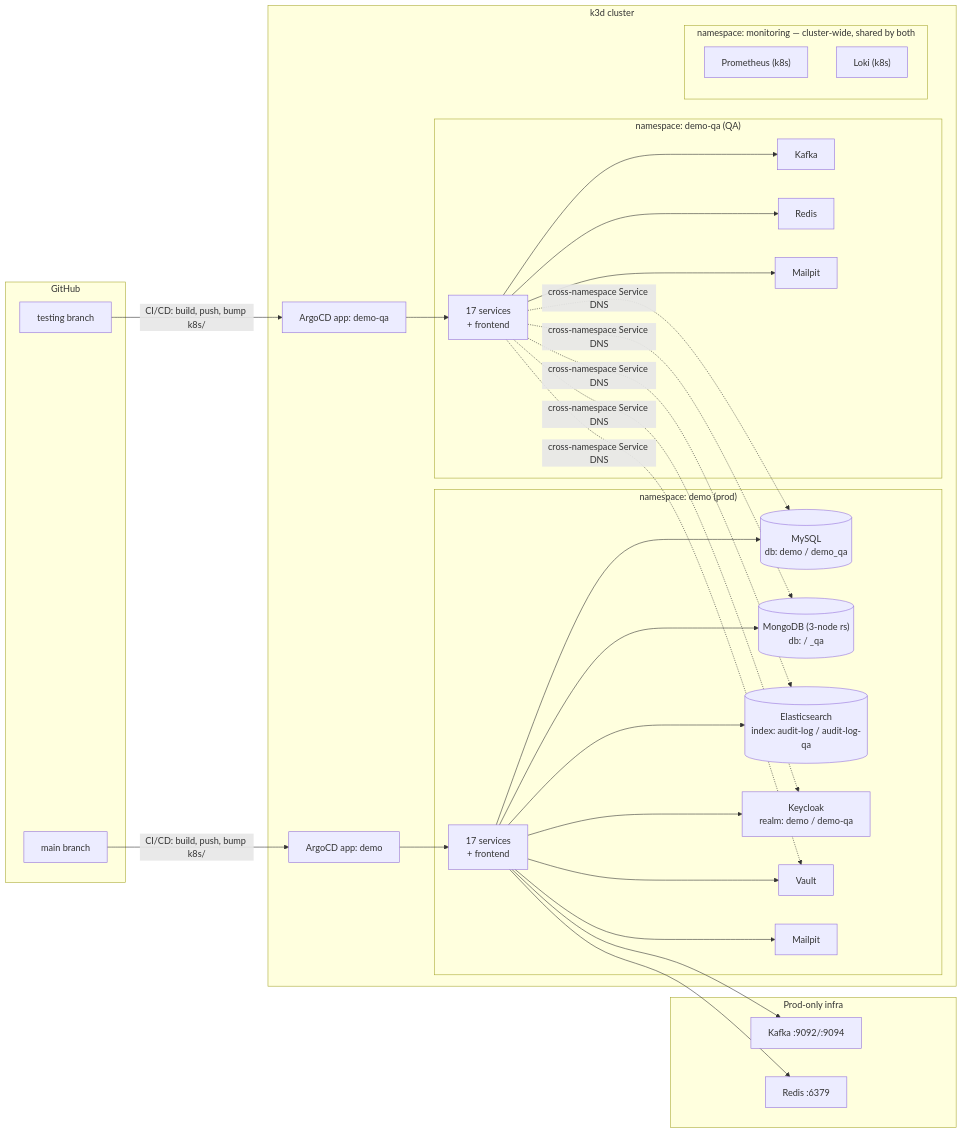
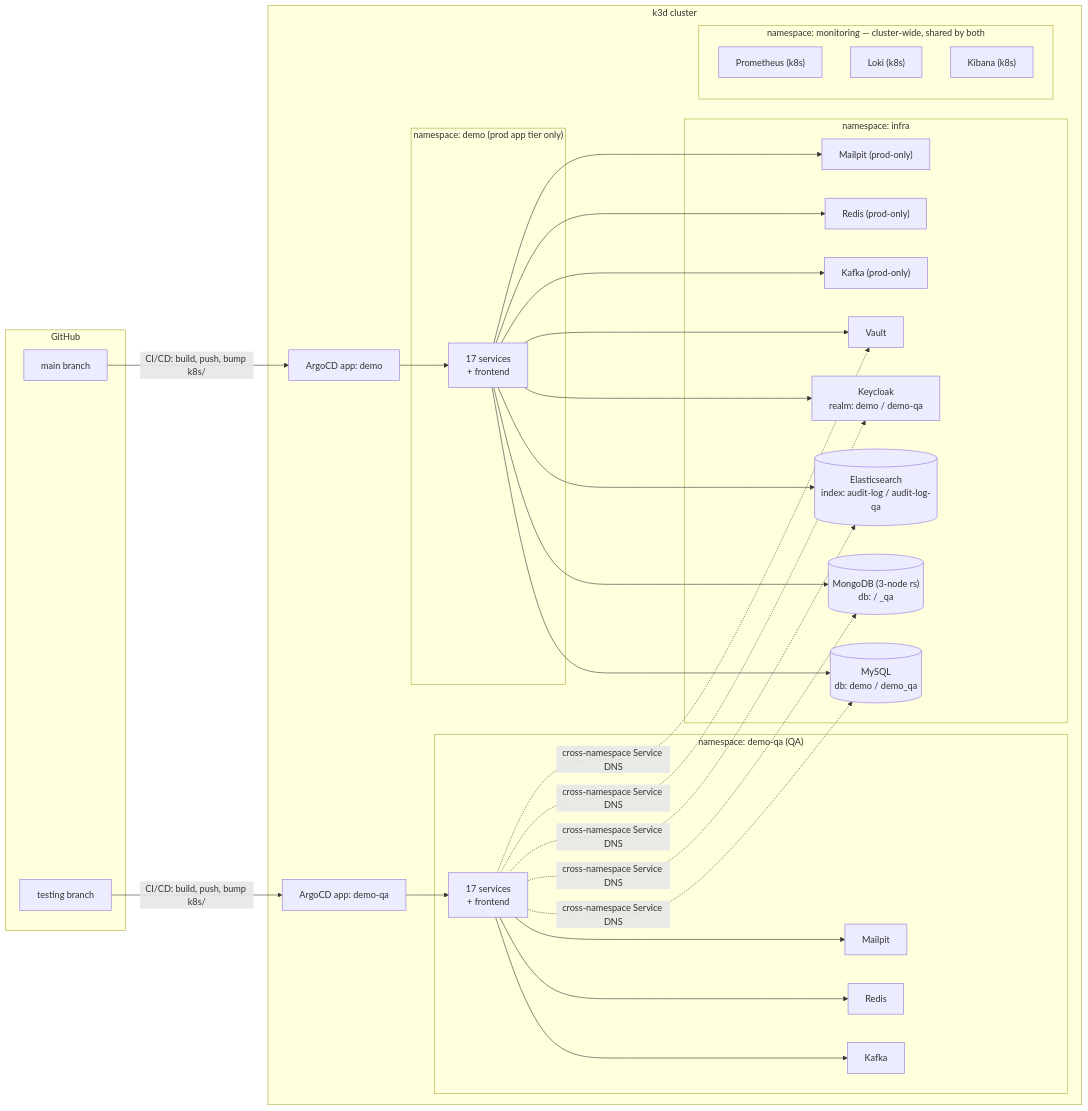
One commit to wilbertjoosen/demo changed the diagram in README.md. Above: the diagram before and after it, drawn with Mermaid. The commit also changed other lines of this file and 20 other files, not shown here.

````diff
--- a/README.md
+++ b/README.md
@@ -312,46 +334,45 @@
 ```mermaid
 flowchart LR
     subgraph GIT["GitHub"]
         MAIN["main branch"]
         TEST["testing branch"]
     end
 
     subgraph K8S["k3d cluster"]
-        subgraph DEMO["namespace: demo (prod)"]
+        subgraph DEMO["namespace: demo (prod app tier only)"]
             APPS_PROD["17 services\n+ frontend"]
-            MYSQL[("MySQL\ndb: demo / demo_qa")]
-            MONGO[("MongoDB (3-node rs)\ndb: <svc> / <svc>_qa")]
-            ES[("Elasticsearch\nindex: audit-log / audit-log-qa")]
-            KC["Keycloak\nrealm: demo / demo-qa"]
-            VAULT["Vault"]
-            MAILPIT_PROD["Mailpit"]
         end
         subgraph DEMOQA["namespace: demo-qa (QA)"]
             APPS_QA["17 services\n+ frontend"]
             KAFKA_QA["Kafka"]
             REDIS_QA["Redis"]
             MAILPIT_QA["Mailpit"]
         end
+        subgraph INFRA["namespace: infra"]
+            MYSQL[("MySQL\ndb: demo / demo_qa")]
+            MONGO[("MongoDB (3-node rs)\ndb: <svc> / <svc>_qa")]
+            ES[("Elasticsearch\nindex: audit-log / audit-log-qa")]
+            KC["Keycloak\nrealm: demo / demo-qa"]
+            VAULT["Vault"]
+            KAFKA_PROD["Kafka (prod-only)"]
+            REDIS_PROD["Redis (prod-only)"]
+            MAILPIT_PROD["Mailpit (prod-only)"]
+        end
         subgraph MON["namespace: monitoring — cluster-wide, shared by both"]
             PROM_K8S["Prometheus (k8s)"]
             LOKI_K8S["Loki (k8s)"]
+            KIBANA_K8S["Kibana (k8s)"]
         end
         ARGO_PROD["ArgoCD app: demo"]
         ARGO_QA["ArgoCD app: demo-qa"]
-    end
-
-    subgraph ISO_PROD["Prod-only infra"]
-        KAFKA_PROD["Kafka :9092/:9094"]
-        REDIS_PROD["Redis :6379"]
     end
 
     MAIN -- "CI/CD: build, push, bump k8s/" --> ARGO_PROD
     TEST -- "CI/CD: build, push, bump k8s/" --> ARGO_QA
     ARGO_PROD --> APPS_PROD
     ARGO_QA --> APPS_QA
 
-    APPS_PROD --> MYSQL & MONGO & ES & KC & VAULT & MAILPIT_PROD
+    APPS_PROD --> MYSQL & MONGO & ES & KC & VAULT & KAFKA_PROD & REDIS_PROD & MAILPIT_PROD
     APPS_QA --> KAFKA_QA & REDIS_QA & MAILPIT_QA
     APPS_QA -. "cross-namespace Service DNS" .-> MYSQL & MONGO & ES & KC & VAULT
-    APPS_PROD --> KAFKA_PROD & REDIS_PROD
 ```
````
